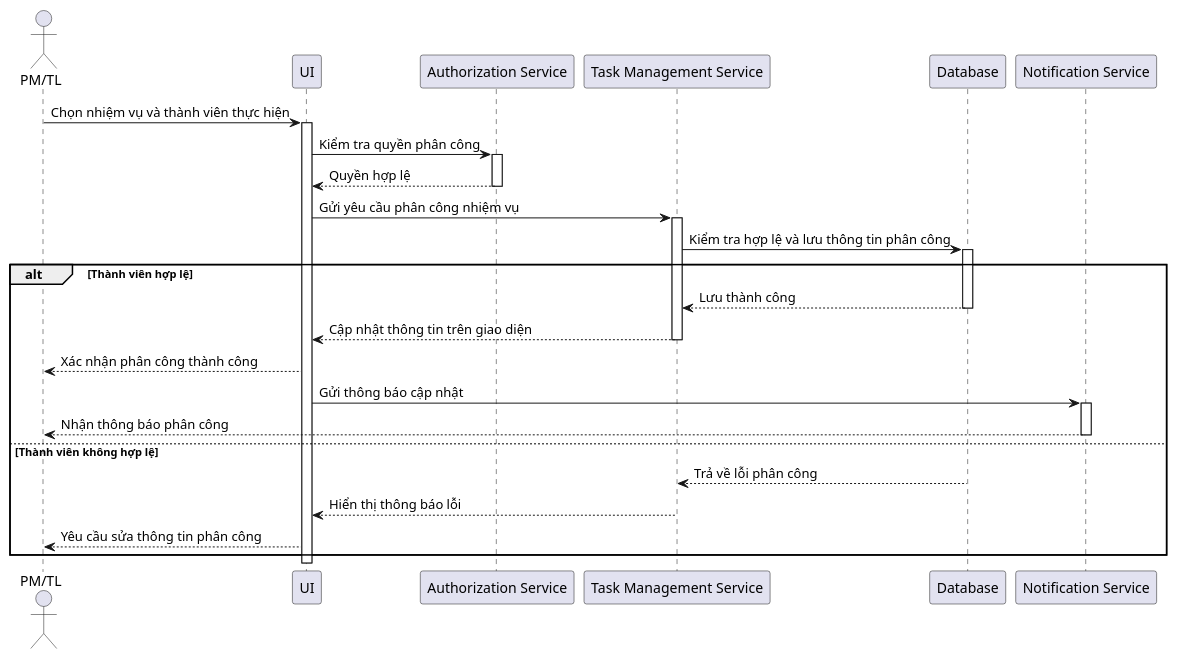
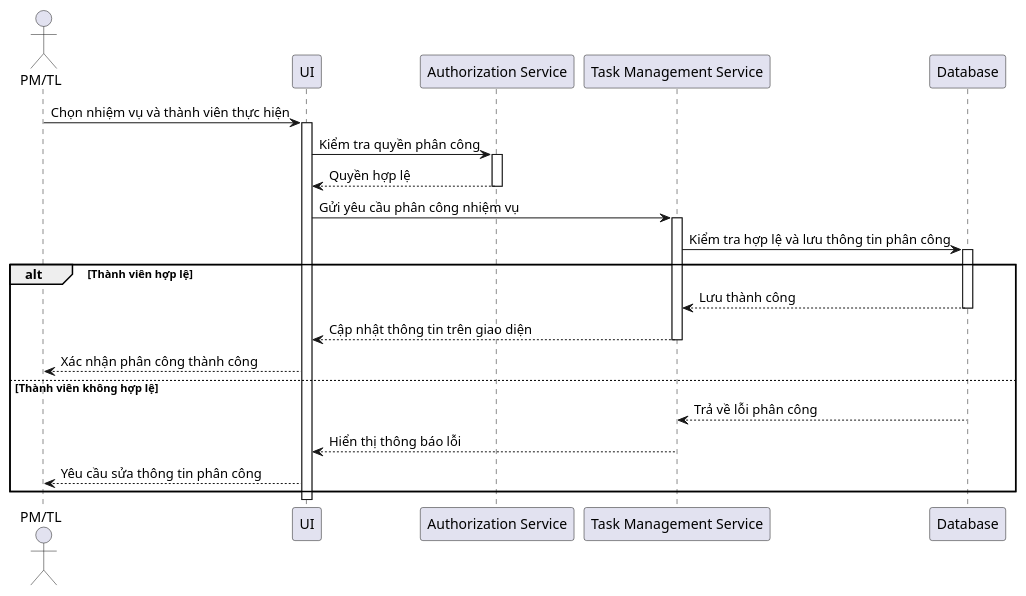
Before and after one commit to MaiDucDuy05/UML: the diagram in module3/PhanCongNV.puml, drawn with PlantUML. The commit also changed 12 other files, not shown here.

```diff
--- a/module3/PhanCongNV.puml
+++ b/module3/PhanCongNV.puml
@@ -1,47 +1,42 @@
 @startuml
 actor "PM/TL" as User
 
 participant "UI" as UI
 participant "Authorization Service"
 participant "Task Management Service" as System
 participant "Database" as DB
-participant "Notification Service"
 
 User -> UI: Chọn nhiệm vụ và thành viên thực hiện
 activate UI
 
 UI -> "Authorization Service": Kiểm tra quyền phân công
 activate "Authorization Service"
 
 "Authorization Service" --> UI: Quyền hợp lệ
 deactivate "Authorization Service"
 
 UI -> System: Gửi yêu cầu phân công nhiệm vụ
 activate System
 
 System -> DB: Kiểm tra hợp lệ và lưu thông tin phân công
 activate DB
 
 alt Thành viên hợp lệ
     DB --> System: Lưu thành công
     deactivate DB
 
     System --> UI: Cập nhật thông tin trên giao diện
     deactivate System
     UI --> User: Xác nhận phân công thành công
 
-    UI -> "Notification Service": Gửi thông báo cập nhật
-    activate "Notification Service"
-    "Notification Service" --> User: Nhận thông báo phân công
-    deactivate "Notification Service"
 
 else Thành viên không hợp lệ
     DB --> System: Trả về lỗi phân công
     deactivate DB
 
     System --> UI: Hiển thị thông báo lỗi
     deactivate System
     UI --> User: Yêu cầu sửa thông tin phân công
 end
 
 @enduml
```
